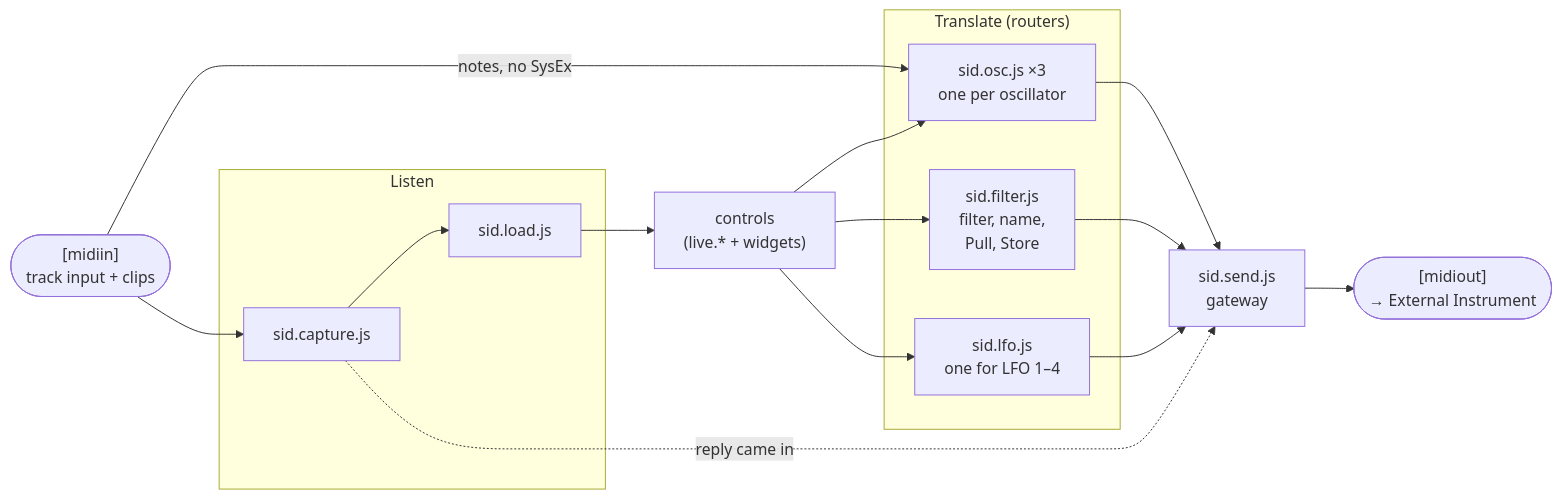
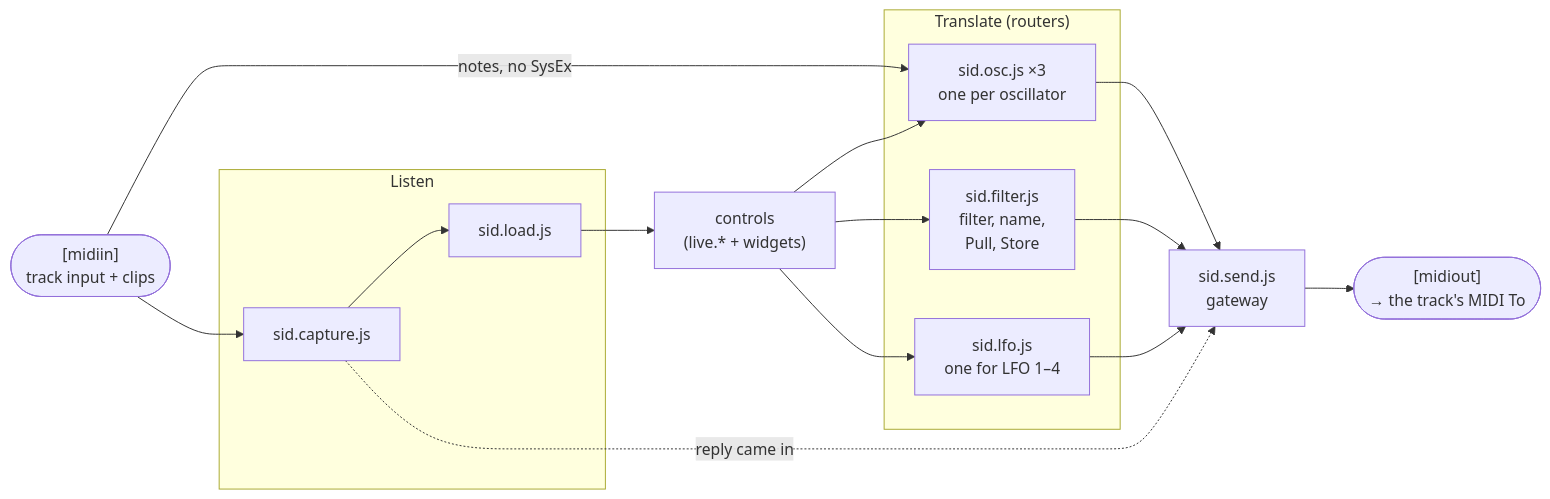
The third of 10 diagrams in docs/architecture.md (norrby/sidstation-editor), drawn with Mermaid before and after one commit. The commit also changed other lines of this file and 28 other files, not shown here.

````diff
--- a/docs/architecture.md
+++ b/docs/architecture.md
@@ -84,24 +85,24 @@
 ```mermaid
 flowchart LR
   midiin(["[midiin]<br/>track input + clips"])
 
   subgraph listen["Listen"]
     cap["sid.capture.js"] --> load["sid.load.js"]
   end
   subgraph tell["Translate (routers)"]
     osc["sid.osc.js ×3<br/>one per oscillator"]
     filt["sid.filter.js<br/>filter, name,<br/>Pull, Store"]
     lfo["sid.lfo.js<br/>one for LFO 1–4"]
   end
   ctrls["controls<br/>(live.* + widgets)"]
   gate["sid.send.js<br/>gateway"]
-  midiout(["[midiout]<br/>→ External Instrument"])
+  midiout(["[midiout]<br/>→ the track's MIDI To"])
 
   midiin --> cap
   midiin -- "notes, no SysEx" --> osc
   load --> ctrls
   ctrls --> osc & filt & lfo
   osc & filt & lfo --> gate
   gate --> midiout
   cap -. "reply came in" .-> gate
 ```
````
